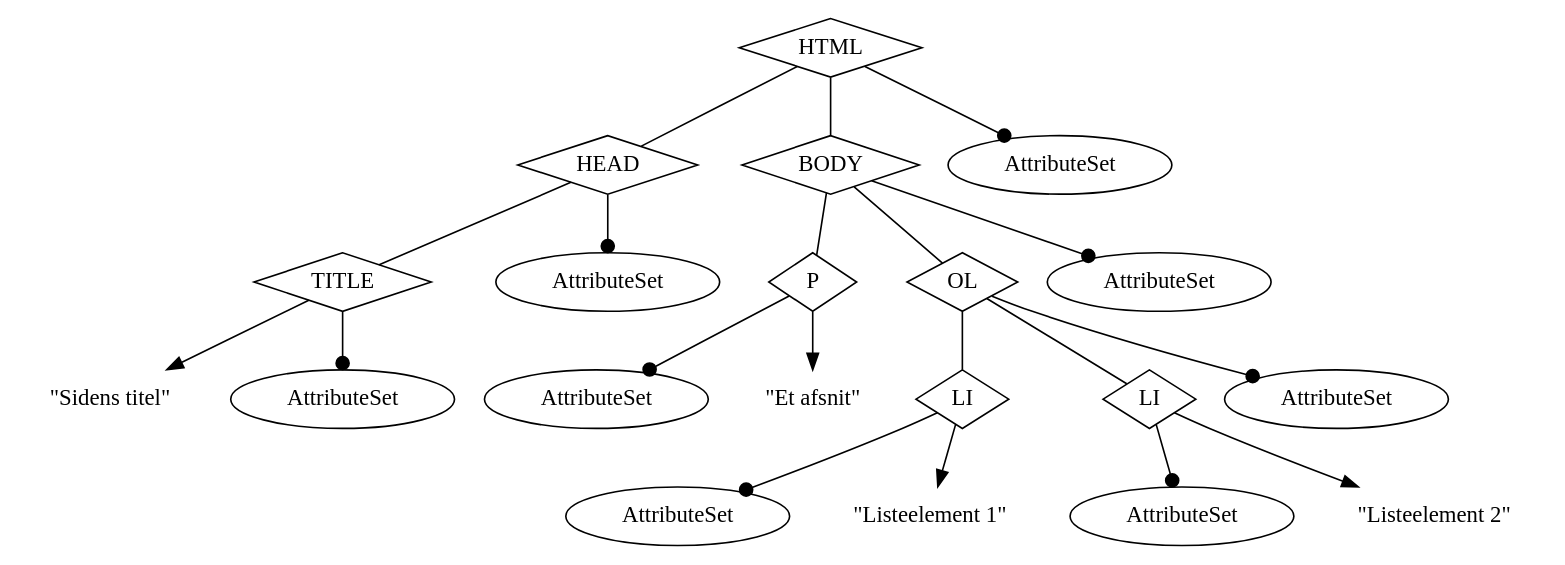
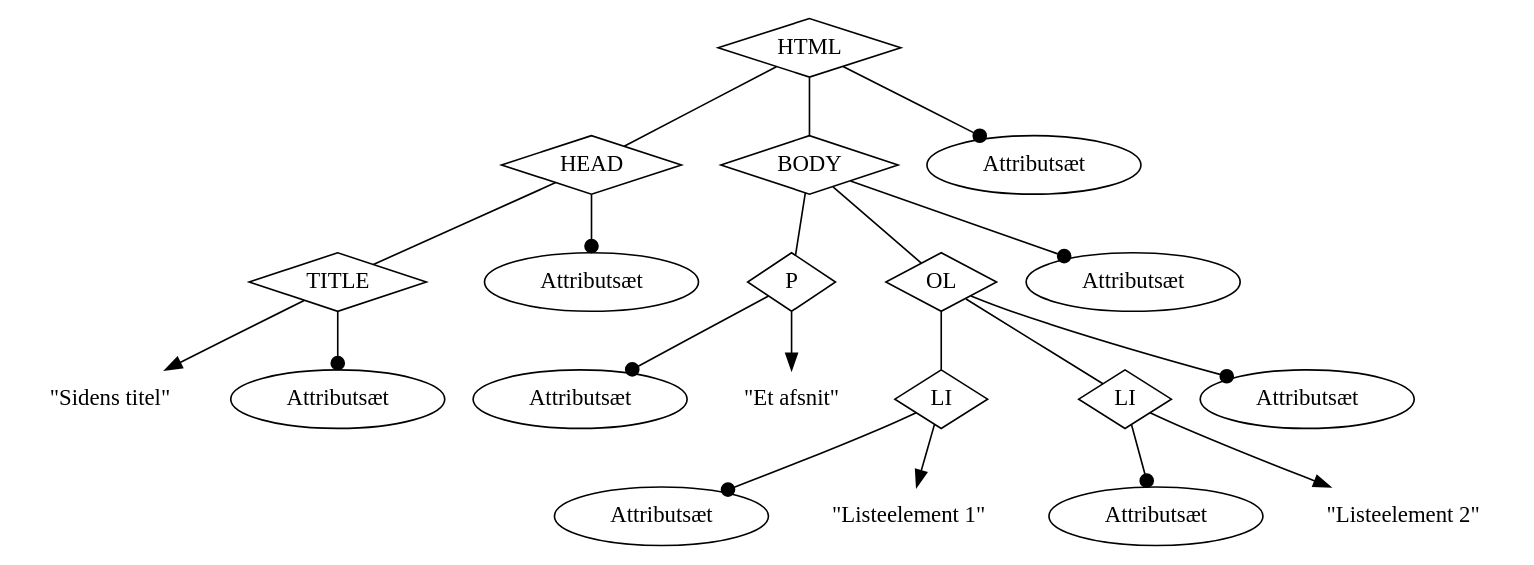
The diagram in rapport/parsetree.dot (athas/webanalyzer), drawn with Graphviz before and after one commit. The commit also changed 2 other files, not shown here.

```diff
--- a/rapport/parsetree.dot
+++ b/rapport/parsetree.dot
@@ -1,53 +1,53 @@
 digraph g
 {
 //size="8,11"
 //margin=5
 //rankdir="LR";
 edge[arrowhead="none"];
 node[shape=diamond];
 //edge[arrowsize=0.7, len=0.7]
 
 HTML[label="HTML"];
 HEAD[label="HEAD"];
 TITLE[label="TITLE"];
 titel[label="\"Sidens titel\"", shape="none"];
 BODY[label="BODY"];
 P[label="P"];
 OL[label="OL"];
 LI1[label="LI"];
 LI2[label="LI"];
 
-HTMLattrs[label="AttributeSet", shape="ellipse"];
-HEADattrs[label="AttributeSet", shape="ellipse"];
-TITLEattrs[label="AttributeSet", shape="ellipse"];
-BODYattrs[label="AttributeSet", shape="ellipse"];
-Pattrs[label="AttributeSet", shape="ellipse"];
+HTMLattrs[label="Attributsæt", shape="ellipse"];
+HEADattrs[label="Attributsæt", shape="ellipse"];
+TITLEattrs[label="Attributsæt", shape="ellipse"];
+BODYattrs[label="Attributsæt", shape="ellipse"];
+Pattrs[label="Attributsæt", shape="ellipse"];
 Ptekst[label="\"Et afsnit\"", shape="none"];
-OLattrs[label="AttributeSet", shape="ellipse"];
-LI1attrs[label="AttributeSet", shape="ellipse"];
+OLattrs[label="Attributsæt", shape="ellipse"];
+LI1attrs[label="Attributsæt", shape="ellipse"];
 LI1tekst[label="\"Listeelement 1\"", shape="none"];
-LI2attrs[label="AttributeSet", shape="ellipse"];
+LI2attrs[label="Attributsæt", shape="ellipse"];
 LI2tekst[label="\"Listeelement 2\"", shape="none"];
 
 HTML-> HTMLattrs [arrowhead="dot"];
 HTML -> HEAD;
 HTML -> BODY;
 HEAD -> HEADattrs [arrowhead="dot"];
 HEAD -> TITLE;
 TITLE -> titel [arrowhead="normal"];
 TITLE -> TITLEattrs [arrowhead="dot"];
 BODY -> BODYattrs [arrowhead="dot"];
 BODY -> P;
 BODY -> OL;
 P -> Pattrs [arrowhead="dot"];
 P -> Ptekst [arrowhead="normal"];
 OL -> OLattrs [arrowhead="dot"];
 OL -> LI1;
 OL -> LI2;
 LI1 -> LI1attrs [arrowhead="dot"];
 LI1 -> LI1tekst [arrowhead="normal"];
 LI2 -> LI2attrs [arrowhead="dot"];
 LI2 -> LI2tekst [arrowhead="normal"];
 
 
 }
```
